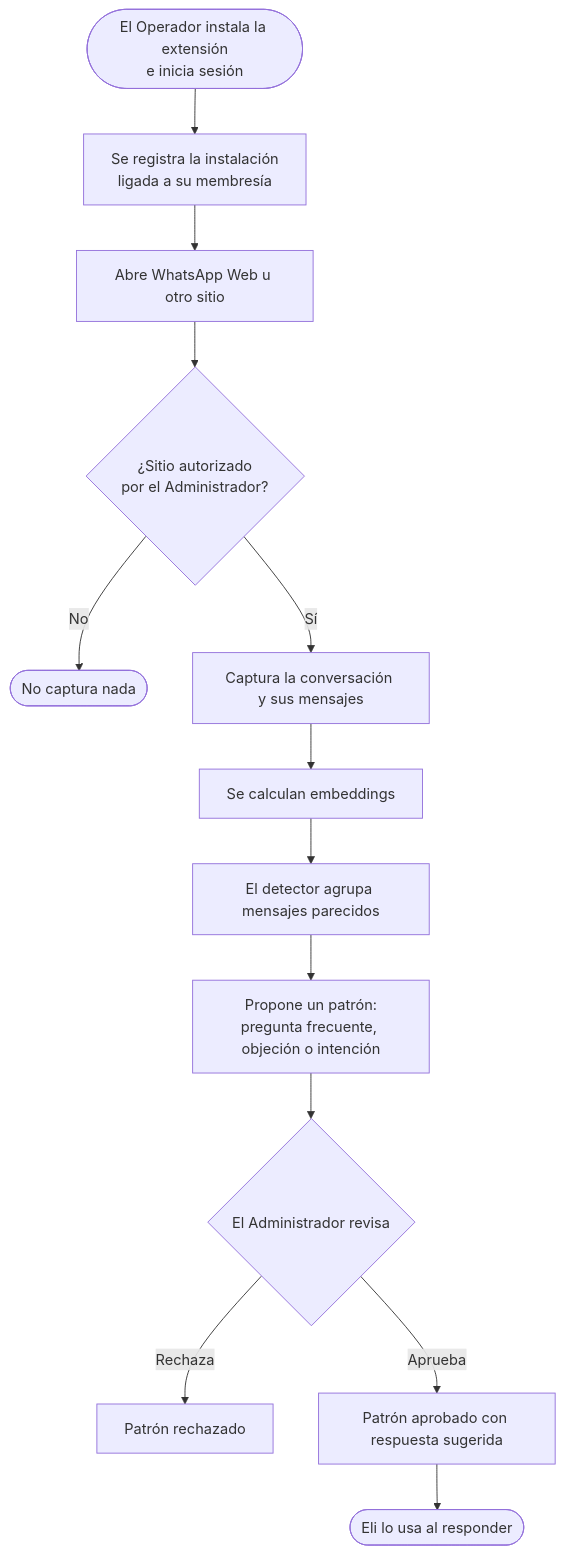
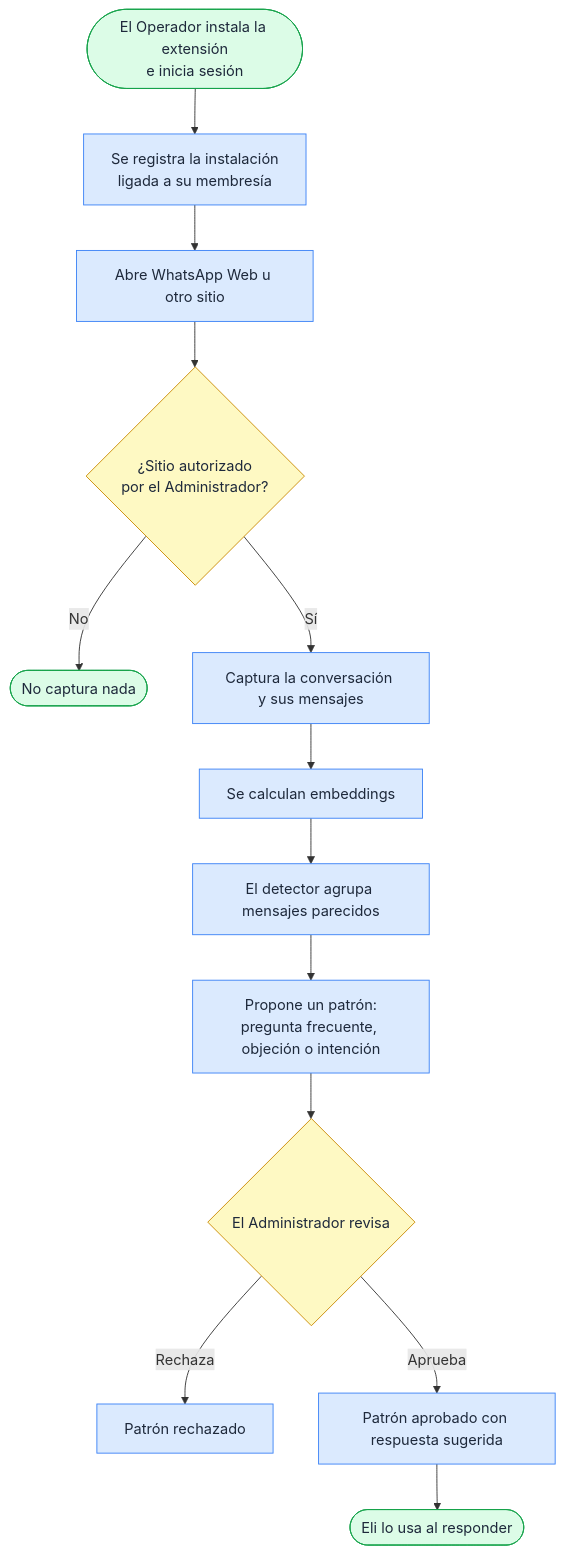
One commit to svzapatac/Elius changed the diagram in docs/03_flujos_usuario/06_extension_chrome.md. Above: the diagram before and after it, drawn with Mermaid. The commit also changed 46 other files, not shown here.

````diff
--- a/docs/03_flujos_usuario/06_extension_chrome.md
+++ b/docs/03_flujos_usuario/06_extension_chrome.md
@@ -3,15 +3,20 @@
 ```mermaid
 flowchart TD
   A([El Operador instala la extensión<br/>e inicia sesión]) --> B[Se registra la instalación<br/>ligada a su membresía]
   B --> C[Abre WhatsApp Web u otro sitio]
   C --> D{¿Sitio autorizado<br/>por el Administrador?}
   D -- No --> E([No captura nada])
   D -- Sí --> F[Captura la conversación y sus mensajes]
   F --> G[Se calculan embeddings]
   G --> H[El detector agrupa mensajes parecidos]
   H --> I[Propone un patrón:<br/>pregunta frecuente, objeción o intención]
   I --> J{El Administrador revisa}
   J -- Rechaza --> K[Patrón rechazado]
   J -- Aprueba --> L[Patrón aprobado con respuesta sugerida]
   L --> M([Eli lo usa al responder])
+  classDef default fill:#dbeafe,stroke:#3b82f6,color:#1e293b
+  classDef dec fill:#fef9c3,stroke:#ca8a04,color:#1e293b
+  classDef ok fill:#dcfce7,stroke:#16a34a,color:#1e293b
+  class D,J dec
+  class A,E,M ok
 ```
````
